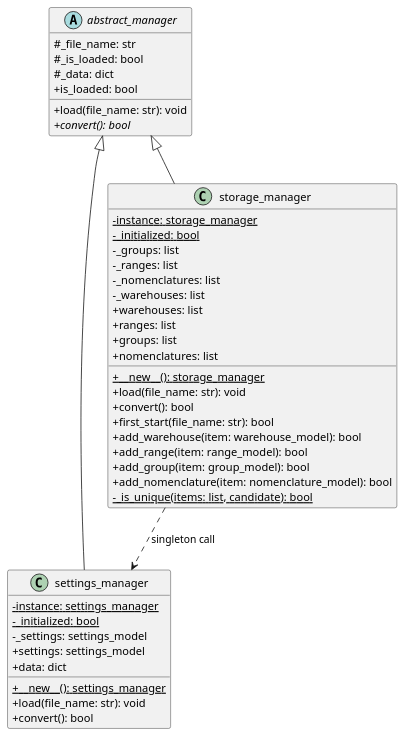
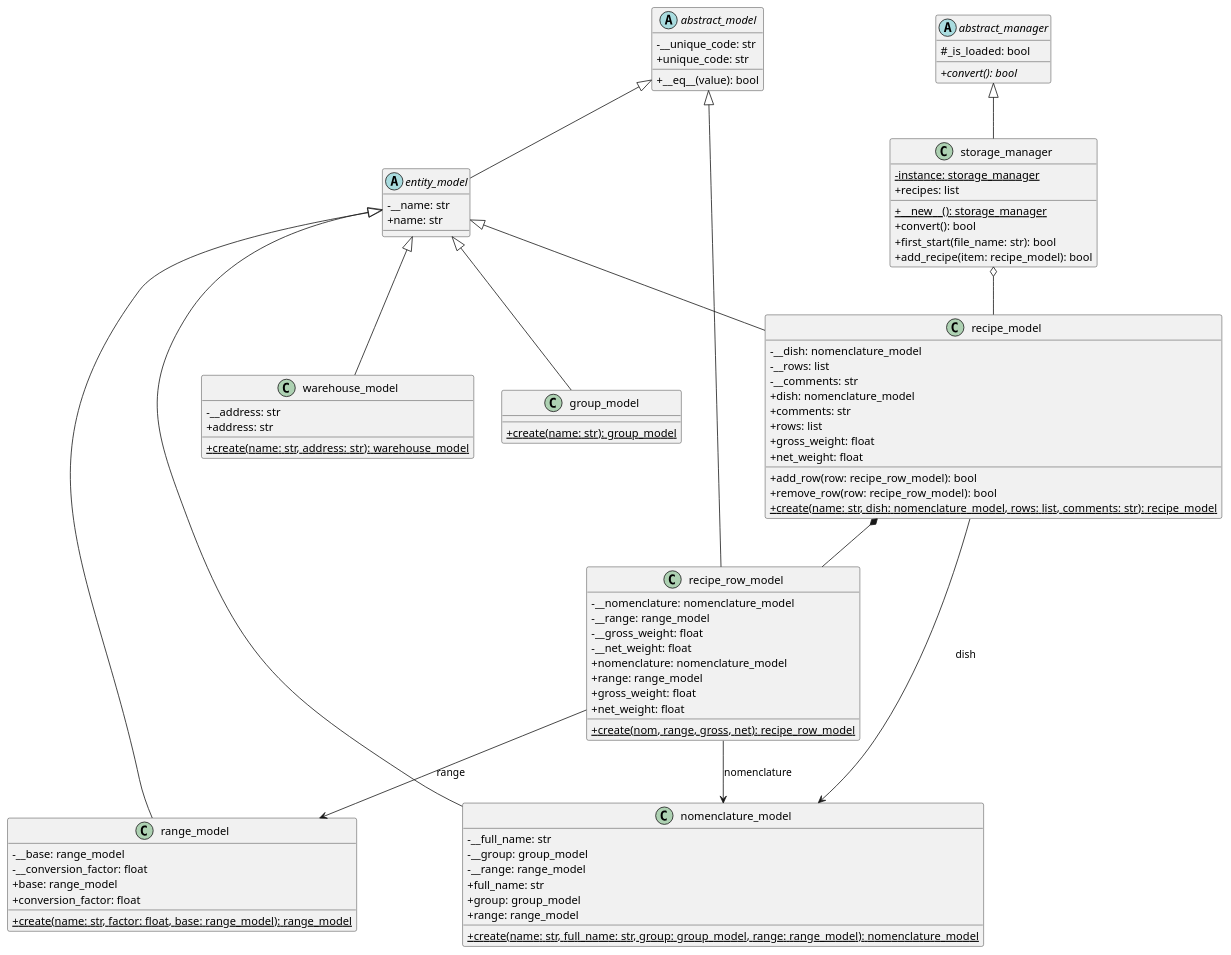
The second of 3 diagrams in _docs/UML_diagrams.md (Hikaru-Hrn/Patterns2026_YM), drawn with PlantUML before and after one commit. The commit also changed other lines of this file, not shown here.

Commit message:
updated UML

````diff
--- a/_docs/UML_diagrams.md
+++ b/_docs/UML_diagrams.md
@@ -134,50 +163,99 @@
 @startuml
 skinparam classAttributeIconSize 0
 
-abstract class abstract_manager {
-    # _file_name: str
-    # _is_loaded: bool
-    # _data: dict
-    + load(file_name: str): void
-    + {abstract} convert(): bool
-    + is_loaded: bool
+abstract class abstract_model {
+    - __unique_code: str
+    + unique_code: str
+    + __eq__(value): bool
 }
 
-class settings_manager {
-    - {static} instance: settings_manager
-    - {static} _initialized: bool
-    - _settings: settings_model
-    + {static} __new__(): settings_manager
-    + load(file_name: str): void
-    + convert(): bool
-    + settings: settings_model
-    + data: dict
+abstract class entity_model {
+    - __name: str
+    + name: str
+}
+
+class group_model {
+    + {static} create(name: str): group_model
+}
+
+class range_model {
+    - __base: range_model
+    - __conversion_factor: float
+    + base: range_model
+    + conversion_factor: float
+    + {static} create(name: str, factor: float, base: range_model): range_model
+}
+
+class warehouse_model {
+    - __address: str
+    + address: str
+    + {static} create(name: str, address: str): warehouse_model
+}
+
+class nomenclature_model {
+    - __full_name: str
+    - __group: group_model
+    - __range: range_model
+    + full_name: str
+    + group: group_model
+    + range: range_model
+    + {static} create(name: str, full_name: str, group: group_model, range: range_model): nomenclature_model
+}
+
+class recipe_row_model {
+    - __nomenclature: nomenclature_model
+    - __range: range_model
+    - __gross_weight: float
+    - __net_weight: float
+    + nomenclature: nomenclature_model
+    + range: range_model
+    + gross_weight: float
+    + net_weight: float
+    + {static} create(nom, range, gross, net): recipe_row_model
+}
+
+class recipe_model {
+    - __dish: nomenclature_model
+    - __rows: list
+    - __comments: str
+    + dish: nomenclature_model
+    + comments: str
+    + rows: list
+    + gross_weight: float
+    + net_weight: float
+    + add_row(row: recipe_row_model): bool
+    + remove_row(row: recipe_row_model): bool
+    + {static} create(name: str, dish: nomenclature_model, rows: list, comments: str): recipe_model
+}
+
+abstract class abstract_manager {
+    # _is_loaded: bool
+    + {abstract} convert(): bool
 }
 
 class storage_manager {
     - {static} instance: storage_manager
-    - {static} _initialized: bool
-    - _groups: list
-    - _ranges: list
-    - _nomenclatures: list
-    - _warehouses: list
     + {static} __new__(): storage_manager
-    + load(file_name: str): void
     + convert(): bool
     + first_start(file_name: str): bool
-    + add_warehouse(item: warehouse_model): bool
-    + add_range(item: range_model): bool
-    + add_group(item: group_model): bool
-    + add_nomenclature(item: nomenclature_model): bool
-    - {static} _is_unique(items: list, candidate): bool
-    + warehouses: list
-    + ranges: list
-    + groups: list
-    + nomenclatures: list
+    + add_recipe(item: recipe_model): bool
+    + recipes: list
 }
 
-abstract_manager <|-- settings_manager
+abstract_model <|-- entity_model
+abstract_model <|-- recipe_row_model
+entity_model <|-- warehouse_model
+entity_model <|-- range_model
+entity_model <|-- group_model
+entity_model <|-- nomenclature_model
+entity_model <|-- recipe_model
+
 abstract_manager <|-- storage_manager
-storage_manager ..> settings_manager : singleton call
+
+recipe_model *-- recipe_row_model
+recipe_model --> nomenclature_model : dish
+recipe_row_model --> nomenclature_model : nomenclature
+recipe_row_model --> range_model : range
+storage_manager o-- recipe_model
 @enduml
 ```
````
